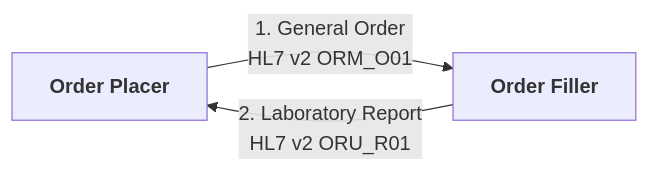
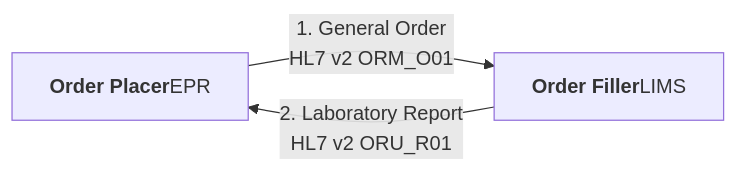
One commit to uk-gov-mirror/nw-gmsa.nw-gmsa.github.com changed the first of 6 diagrams in input/pagecontent/index.md. Above: the diagram before and after it, drawn with Mermaid. The commit also changed other lines of this file, not shown here.

Commit message:
Added TIE to future diagrams

````diff
--- a/input/pagecontent/index.md
+++ b/input/pagecontent/index.md
@@ -26,5 +26,5 @@
 ```mermaid
 graph LR
-    OrderPlacer[<b>Order Placer</b>] --> |1. General Order<br/>HL7 v2 ORM_O01| OrderFiller
-    OrderFiller[<b>Order Filler</b>] --> |2. Laboratory Report<br/>HL7 v2 ORU_R01| OrderPlacer  
+    OrderPlacer[<b>Order Placer</b>EPR] --> |1. General Order<br/>HL7 v2 ORM_O01| OrderFiller
+    OrderFiller[<b>Order Filler</b>LIMS] --> |2. Laboratory Report<br/>HL7 v2 ORU_R01| OrderPlacer  
 ```
````
